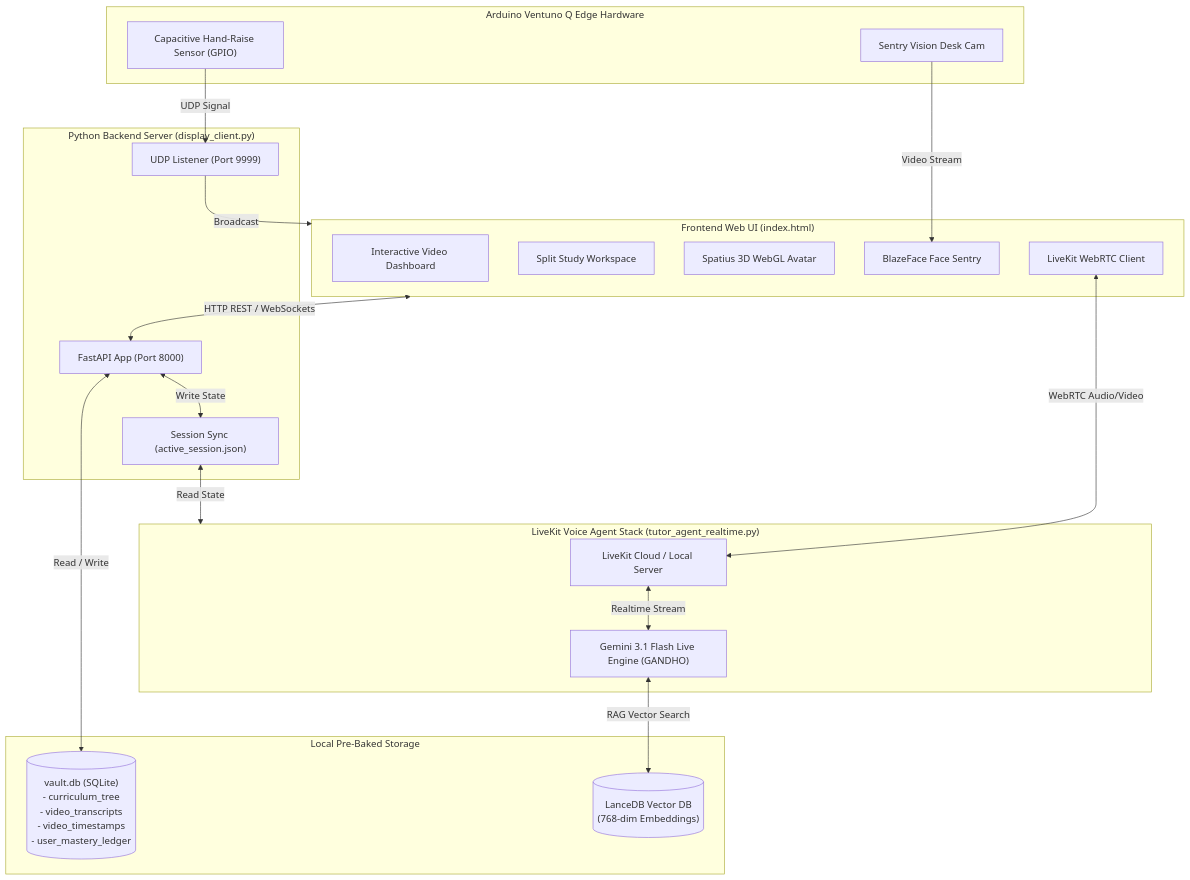
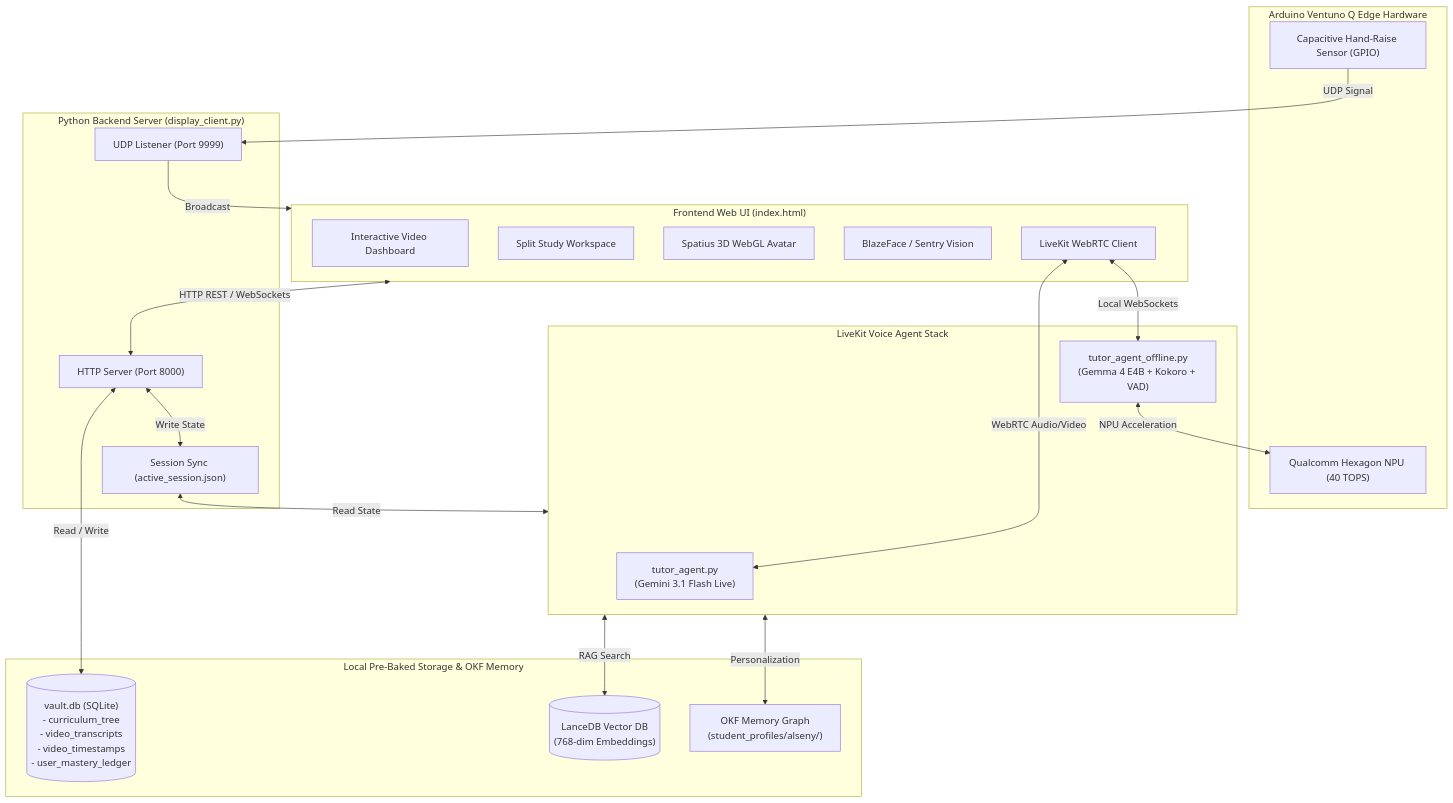
One commit to OpenDoor-sudo/Gandal changed the diagram in DOCS.md. Above: the diagram before and after it, drawn with Mermaid. The commit also changed other lines of this file and 8 other files, not shown here.

Commit message:
feat: Add Hugging Face S2S offline agent, rate-limited vision stream, hardened book drawer, and update DOCS.md

````diff
--- a/DOCS.md
+++ b/DOCS.md
@@ -86,42 +89,44 @@
 ```mermaid
 flowchart TB
     subgraph Hardware ["Arduino Ventuno Q Edge Hardware"]
         Sensor["Capacitive Hand-Raise Sensor (GPIO)"]
-        Cam["Sentry Vision Desk Cam"]
+        NPU["Qualcomm Hexagon NPU (40 TOPS)"]
     end
 
     subgraph Client ["Frontend Web UI (index.html)"]
         Dash["Interactive Video Dashboard"]
         Split["Split Study Workspace"]
         Avatar["Spatius 3D WebGL Avatar"]
-        FaceDetect["BlazeFace Face Sentry"]
+        FaceDetect["BlazeFace / Sentry Vision"]
         LKClient["LiveKit WebRTC Client"]
     end
 
     subgraph Server ["Python Backend Server (display_client.py)"]
-        FastAPI["FastAPI App (Port 8000)"]
+        FastAPI["HTTP Server (Port 8000)"]
         UDP["UDP Listener (Port 9999)"]
         SessionManager["Session Sync (active_session.json)"]
     end
 
-    subgraph DB ["Local Pre-Baked Storage"]
+    subgraph DB ["Local Pre-Baked Storage & OKF Memory"]
         SQLite[("vault.db (SQLite)\n- curriculum_tree\n- video_transcripts\n- video_timestamps\n- user_mastery_ledger")]
         Lance[("LanceDB Vector DB\n(768-dim Embeddings)")]
+        OKF["OKF Memory Graph\n(student_profiles/alseny/)"]
     end
 
-    subgraph Agent ["LiveKit Voice Agent Stack (tutor_agent_realtime.py)"]
-        LKSever["LiveKit Cloud / Local Server"]
-        Gemini["Gemini 3.1 Flash Live Engine (GANDHO)"]
+    subgraph AgentStack ["LiveKit Voice Agent Stack"]
+        OnlineAgent["tutor_agent.py\n(Gemini 3.1 Flash Live)"]
+        OfflineAgent["tutor_agent_offline.py\n(Gemma 4 E4B + Kokoro + VAD)"]
     end
 
     Sensor -->|UDP Signal| UDP
     UDP -->|Broadcast| Client
-    Cam -->|Video Stream| FaceDetect
     Client <-->|HTTP REST / WebSockets| FastAPI
     FastAPI <-->|Read / Write| SQLite
     FastAPI <-->|Write State| SessionManager
-    SessionManager <-->|Read State| Agent
-    LKClient <-->|WebRTC Audio/Video| LKSever
-    LKSever <-->|Realtime Stream| Gemini
-    Gemini <-->|RAG Vector Search| Lance
+    SessionManager <-->|Read State| AgentStack
+    LKClient <-->|WebRTC Audio/Video| OnlineAgent
+    LKClient <-->|Local WebSockets| OfflineAgent
+    OfflineAgent <-->|NPU Acceleration| NPU
+    AgentStack <-->|RAG Search| Lance
+    AgentStack <-->|Personalization| OKF
 ```
````
